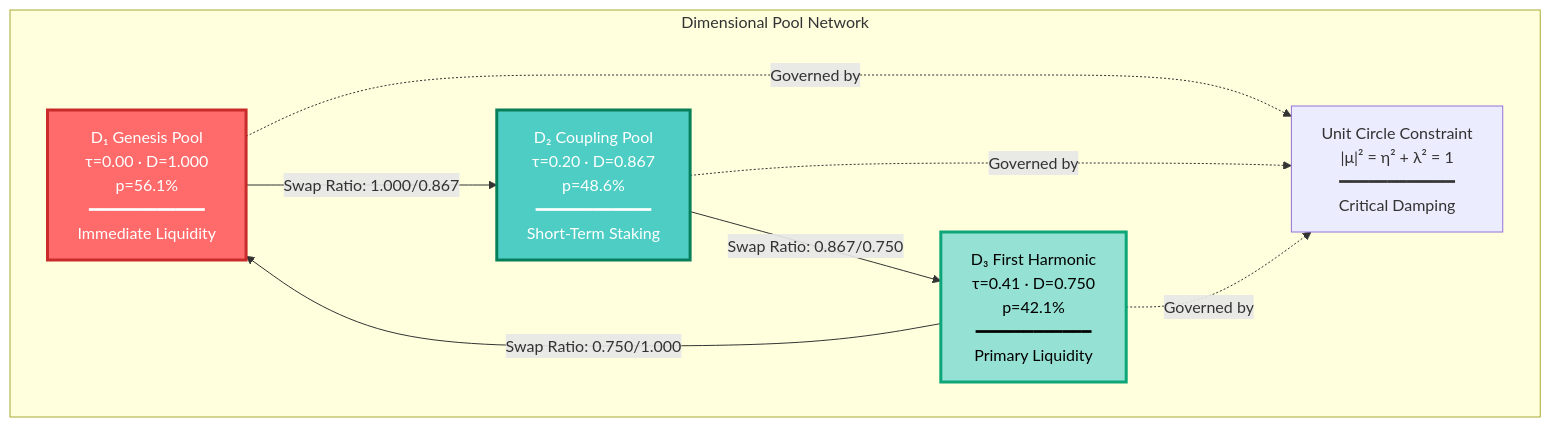
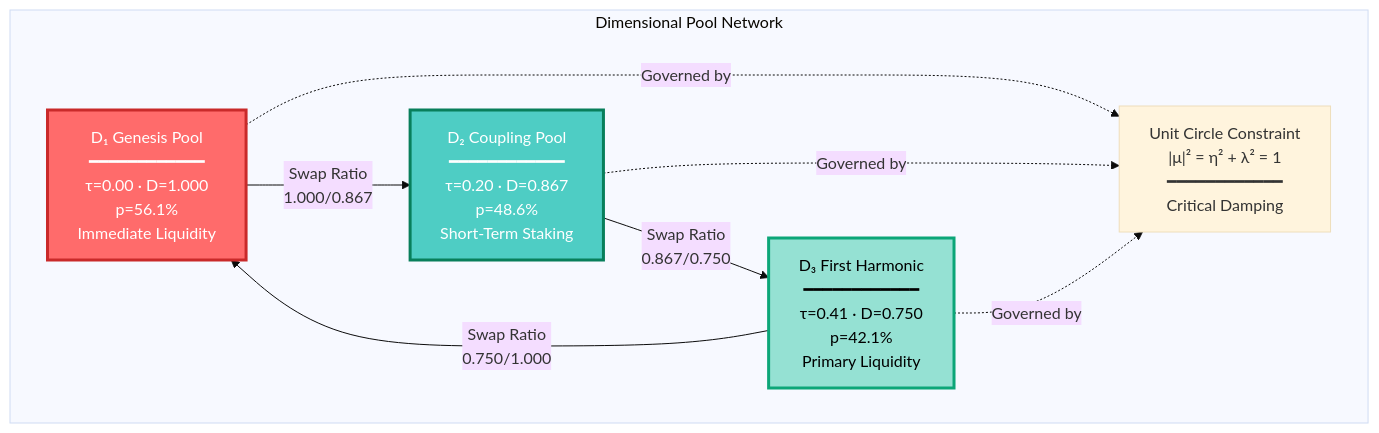
Before and after one commit to COINjecture-Network/COINjecture2.0: the third of 5 diagrams in README.md, drawn with Mermaid. The commit also changed other lines of this file and 9 other files, not shown here.

````diff
--- a/README.md
+++ b/README.md
@@ -51,22 +253,23 @@
 ```mermaid
+%%{init: {'theme':'base', 'themeVariables': { 'fontSize':'16px', 'fontFamily':'Arial'}}}%%
 graph TB
     subgraph "Dimensional Pool Network"
         style D1 fill:#ff6b6b,stroke:#c92a2a,stroke-width:3px,color:#fff
         style D2 fill:#4ecdc4,stroke:#087f5b,stroke-width:3px,color:#fff
         style D3 fill:#95e1d3,stroke:#0ca678,stroke-width:3px,color:#000
 
-        D1["D₁ Genesis Pool<br/>τ=0.00 · D=1.000<br/>p=56.1%<br/>━━━━━━━━━━━━<br/>Immediate Liquidity"]
-        D2["D₂ Coupling Pool<br/>τ=0.20 · D=0.867<br/>p=48.6%<br/>━━━━━━━━━━━━<br/>Short-Term Staking"]
-        D3["D₃ First Harmonic<br/>τ=0.41 · D=0.750<br/>p=42.1%<br/>━━━━━━━━━━━━<br/>Primary Liquidity"]
+        D1["D₁ Genesis Pool<br/>━━━━━━━━━━━━<br/>τ=0.00 · D=1.000<br/>p=56.1%<br/>Immediate Liquidity"]
+        D2["D₂ Coupling Pool<br/>━━━━━━━━━━━━<br/>τ=0.20 · D=0.867<br/>p=48.6%<br/>Short-Term Staking"]
+        D3["D₃ First Harmonic<br/>━━━━━━━━━━━━<br/>τ=0.41 · D=0.750<br/>p=42.1%<br/>Primary Liquidity"]
 
         CONSTRAINT["Unit Circle Constraint<br/>|μ|² = η² + λ² = 1<br/>━━━━━━━━━━━━<br/>Critical Damping"]
 
-        D1 -->|"Swap Ratio: 1.000/0.867"| D2
-        D2 -->|"Swap Ratio: 0.867/0.750"| D3
-        D3 -->|"Swap Ratio: 0.750/1.000"| D1
+        D1 -->|"Swap Ratio<br/>1.000/0.867"| D2
+        D2 -->|"Swap Ratio<br/>0.867/0.750"| D3
+        D3 -->|"Swap Ratio<br/>0.750/1.000"| D1
 
         D1 -.->|"Governed by"| CONSTRAINT
         D2 -.->|"Governed by"| CONSTRAINT
         D3 -.->|"Governed by"| CONSTRAINT
     end
 ```
````
